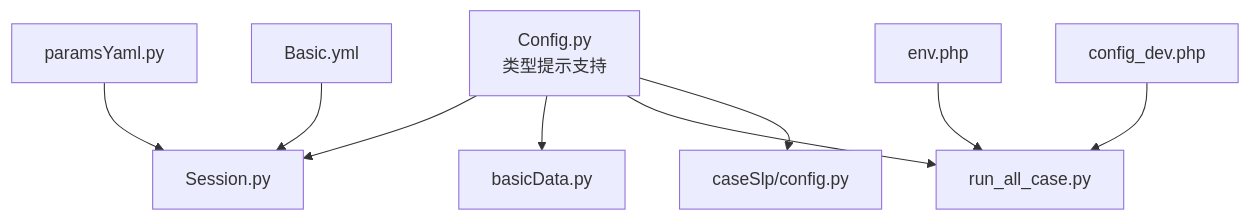
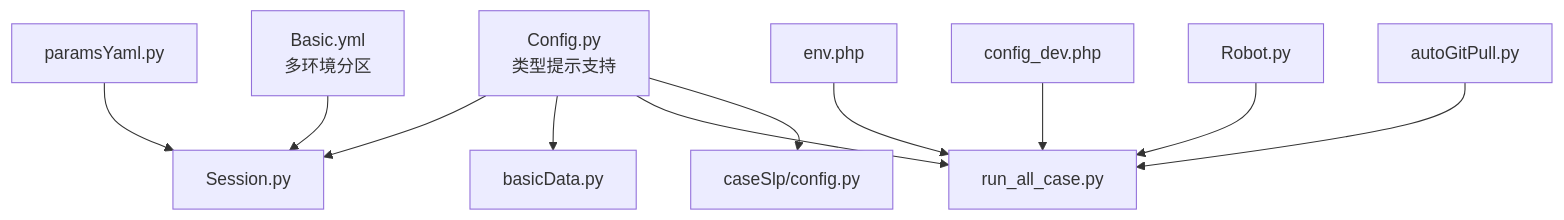
One commit to liximing1-ola/qa-payTest changed the seventh of 7 diagrams in .qoder/repowiki/zh/content/核心模块/配置管理模块.md. Above: the diagram before and after it, drawn with Mermaid. The commit also changed other lines of this file and 13 other files, not shown here.

````diff
--- a/.qoder/repowiki/zh/content/核心模块/配置管理模块.md
+++ b/.qoder/repowiki/zh/content/核心模块/配置管理模块.md
@@ -250,11 +345,13 @@
 ```mermaid
 graph TB
 Config["Config.py<br/>类型提示支持"] --> Session["Session.py"]
 Config --> BasicData["basicData.py"]
 Config --> RunAll["run_all_case.py"]
 Config --> CaseSlp["caseSlp/config.py"]
 ParamsYaml["paramsYaml.py"] --> Session
-BasicYml["Basic.yml"] --> Session
+BasicYml["Basic.yml<br/>多环境分区"] --> Session
 EnvPhp["env.php"] --> RunAll
 PhpDevCfg["config_dev.php"] --> RunAll
+Robot["Robot.py"] --> RunAll
+AutoGit["autoGitPull.py"] --> RunAll
 ```
````
